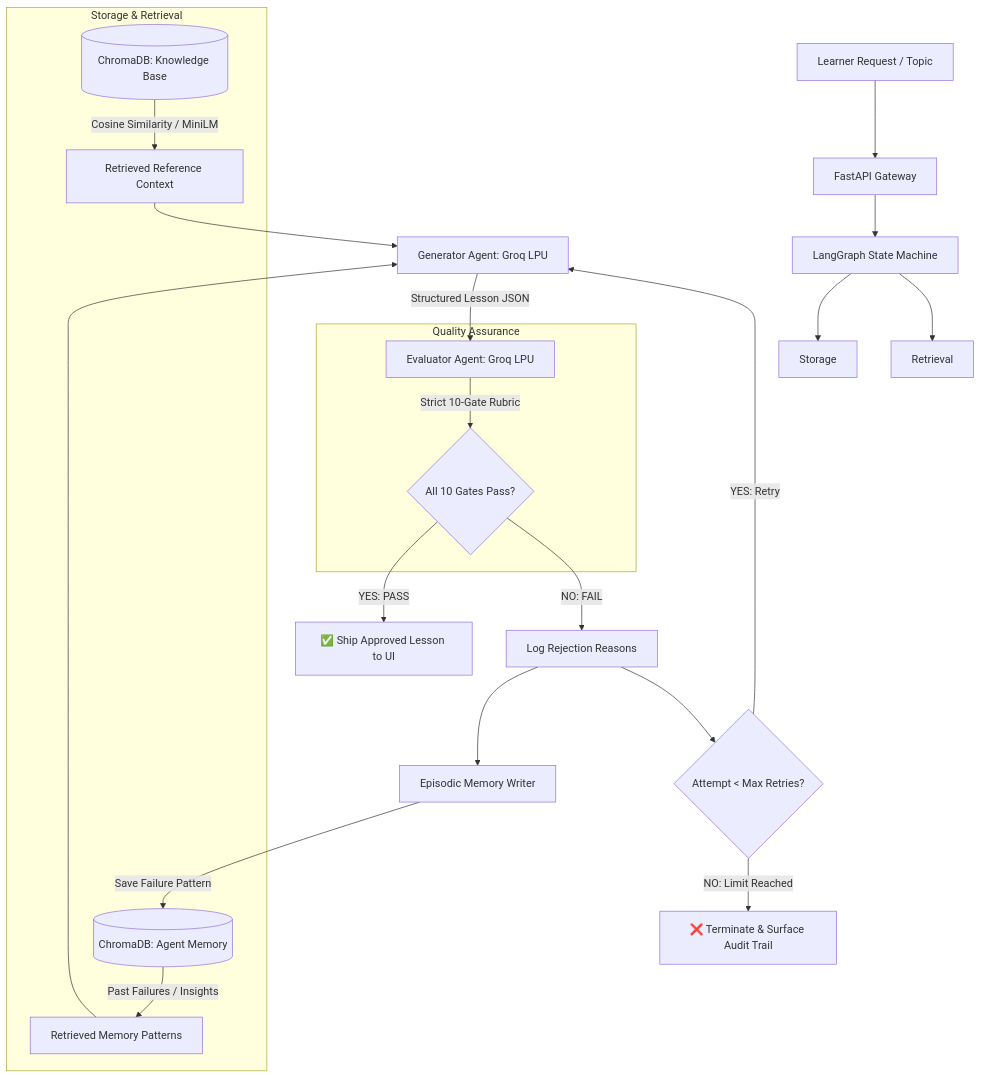
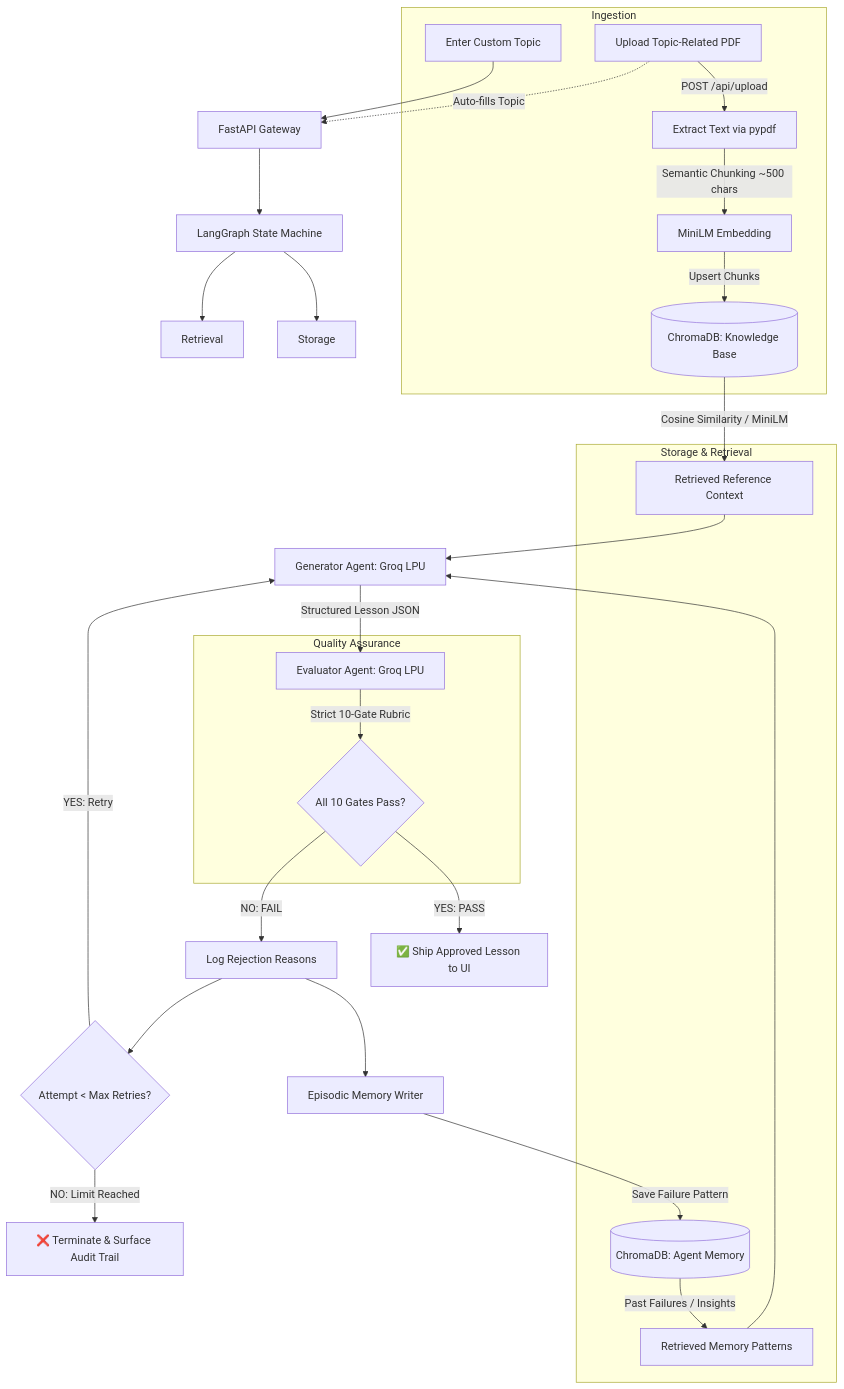
One commit to IamTanuj08/edutech-bot changed the diagram in README.md. Above: the diagram before and after it, drawn with Mermaid. The commit also changed other lines of this file and 58 other files, not shown here.

````diff
--- a/README.md
+++ b/README.md
@@ -33,30 +34,38 @@
 ```mermaid
 flowchart TD
-    A[Learner Request / Topic] --> B[FastAPI Gateway]
+    subgraph Ingestion
+        A1[Enter Custom Topic] 
+        A2[Upload Topic-Related PDF] -->|POST /api/upload| P[Extract Text via pypdf]
+        P -->|Semantic Chunking ~500 chars| Q[MiniLM Embedding]
+        Q -->|Upsert Chunks| D[(ChromaDB: Knowledge Base)]
+    end
+
+    A1 --> B[FastAPI Gateway]
+    A2 -.->|Auto-fills Topic| B
     B --> C[LangGraph State Machine]
     
     subgraph Storage & Retrieval
-        D[(ChromaDB: Knowledge Base)] -->|Cosine Similarity / MiniLM| E[Retrieved Reference Context]
+        D -->|Cosine Similarity / MiniLM| E[Retrieved Reference Context]
         F[(ChromaDB: Agent Memory)] -->|Past Failures / Insights| G[Retrieved Memory Patterns]
     end
 
     C --> Storage & Retrieval
     E --> H[Generator Agent: Groq LPU]
     G --> H
     
     H -->|Structured Lesson JSON| I[Evaluator Agent: Groq LPU]
     
     subgraph Quality Assurance
         I -->|Strict 10-Gate Rubric| J{All 10 Gates Pass?}
     end
     
     J -->|YES: PASS| K[✅ Ship Approved Lesson to UI]
     J -->|NO: FAIL| L[Log Rejection Reasons]
     
     L --> M[Episodic Memory Writer]
     M -->|Save Failure Pattern| F
     
     L --> N{Attempt < Max Retries?}
     N -->|YES: Retry| H
     N -->|NO: Limit Reached| O[❌ Terminate & Surface Audit Trail]
 ```
````
